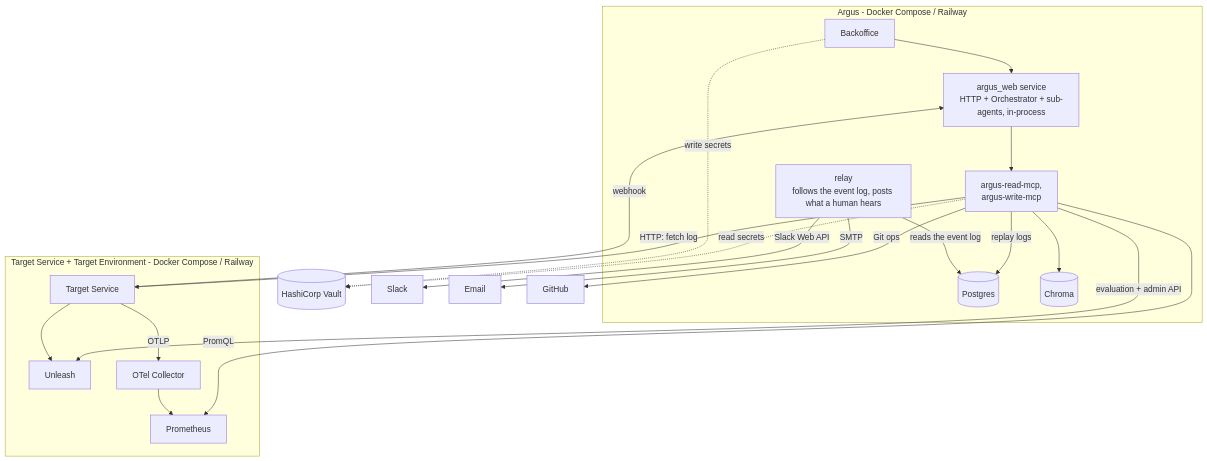
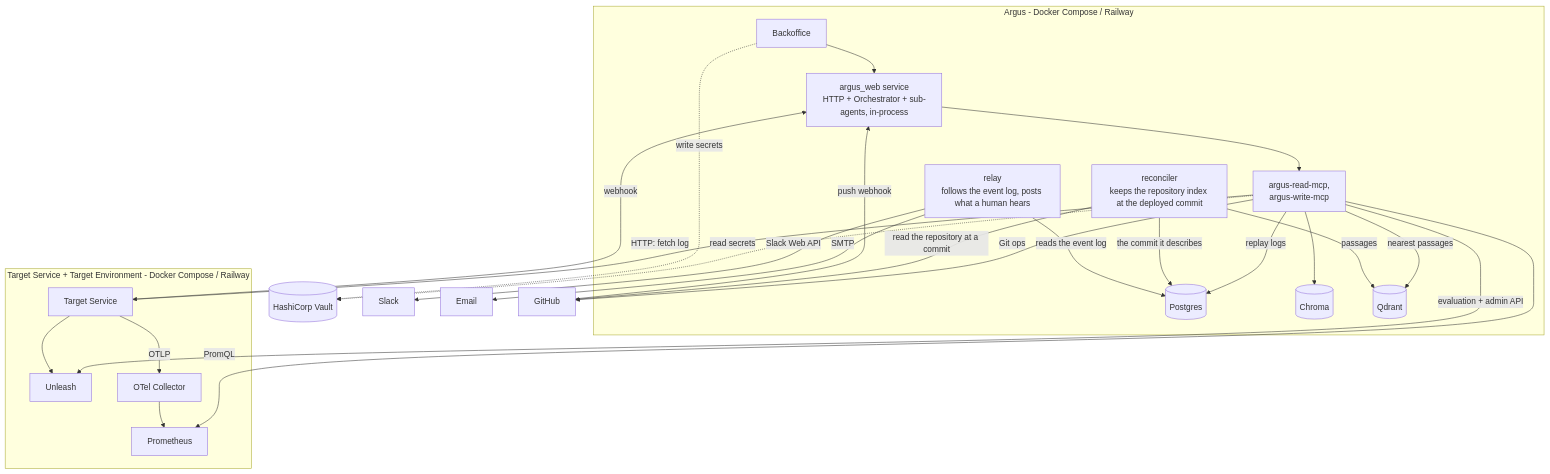
One commit to ohadraz/Argus changed the fifth of 5 diagrams in docs/spec-and-architecture.md. Above: the diagram before and after it, drawn with Mermaid. The commit also changed other lines of this file and 230 other files, not shown here.

````diff
--- a/docs/spec-and-architecture.md
+++ b/docs/spec-and-architecture.md
@@ -712,35 +748,42 @@
 ```mermaid
 flowchart TB
     subgraph ArgusDeploy["Argus - Docker Compose / Railway"]
         WEB[argus_web service<br/>HTTP + Orchestrator + sub-agents, in-process]
         MCPS[argus-read-mcp,<br/>argus-write-mcp]
         RELAY[relay<br/>follows the event log, posts what a human hears]
         PG[(Postgres)]
         CHROMA[(Chroma)]
+        QDRANT[(Qdrant)]
+        INDEXER[reconciler<br/>keeps the repository index at the deployed commit]
         BO[Backoffice]
     end
     subgraph TargetDeploy["Target Service + Target Environment - Docker Compose / Railway"]
         TS[Target Service]
         UNLEASH[Unleash]
         OTELCOL[OTel Collector]
         PROM[Prometheus]
     end
     VAULT[(HashiCorp Vault)]
 
     TS -->|webhook| WEB
     WEB --> MCPS
     MCPS -->|replay logs| PG
     MCPS --> CHROMA
+    MCPS -->|nearest passages| QDRANT
+    INDEXER -->|passages| QDRANT
+    INDEXER -->|the commit it describes| PG
     MCPS -->|evaluation + admin API| UNLEASH
     MCPS -->|PromQL| PROM
     MCPS -->|HTTP: fetch log| TS
     RELAY -->|reads the event log| PG
     RELAY -->|Slack Web API| ExternalSlack[Slack]
     RELAY -->|SMTP| ExternalMail[Email]
     MCPS -->|Git ops| ExternalGH[GitHub]
+    INDEXER -->|read the repository at a commit| ExternalGH
+    ExternalGH -->|push webhook| WEB
     MCPS -.->|read secrets| VAULT
     BO -.->|write secrets| VAULT
     TS --> UNLEASH
     TS -->|OTLP| OTELCOL --> PROM
     BO --> WEB
 ```
````
